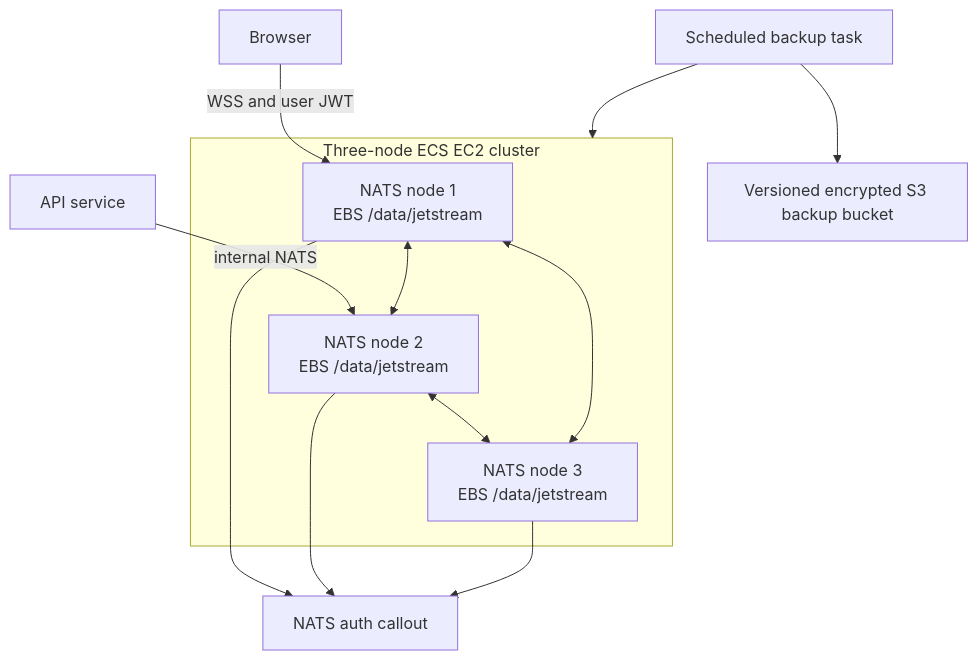
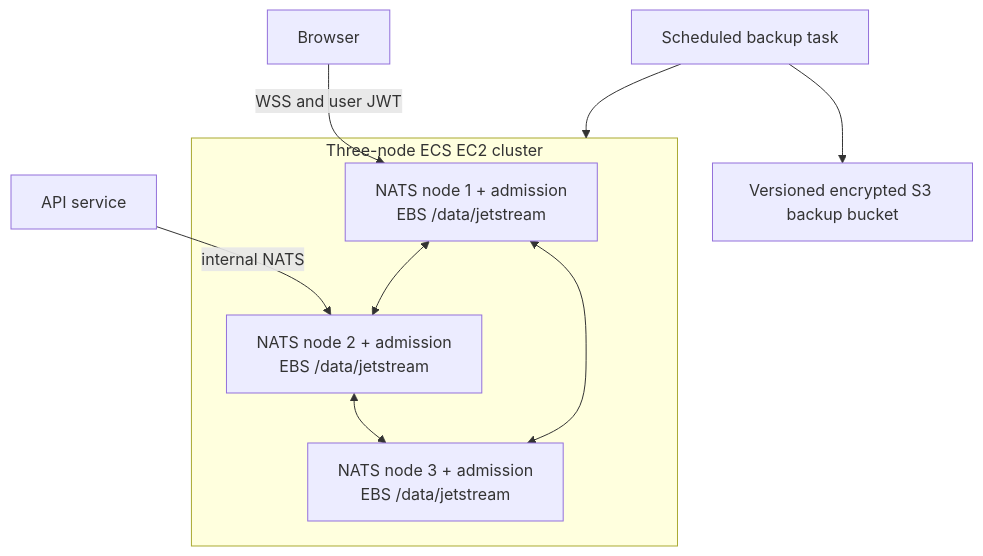
One commit to Lixpi/lixpi changed the diagram in documentation/platform/deployment/NATS-CLUSTER.md. Above: the diagram before and after it, drawn with Mermaid. The commit also changed other lines of this file and 251 other files, not shown here.

````diff
--- a/documentation/platform/deployment/NATS-CLUSTER.md
+++ b/documentation/platform/deployment/NATS-CLUSTER.md
@@ -14,25 +28,21 @@
 ```mermaid
 graph TB
     Browser[Browser]
     API[API service]
-    Auth[NATS auth callout]
     Backup[Scheduled backup task]
     S3[Versioned encrypted S3 backup bucket]
 
     subgraph Cluster[Three-node ECS EC2 cluster]
-        N1[NATS node 1<br/>EBS /data/jetstream]
-        N2[NATS node 2<br/>EBS /data/jetstream]
-        N3[NATS node 3<br/>EBS /data/jetstream]
+        N1[NATS node 1 + admission<br/>EBS /data/jetstream]
+        N2[NATS node 2 + admission<br/>EBS /data/jetstream]
+        N3[NATS node 3 + admission<br/>EBS /data/jetstream]
     end
 
     Browser -->|WSS and user JWT| N1
     API -->|internal NATS| N2
     N1 <--> N2
     N2 <--> N3
     N3 <--> N1
-    N1 --> Auth
-    N2 --> Auth
-    N3 --> Auth
     Backup --> Cluster
     Backup --> S3
 ```
````
